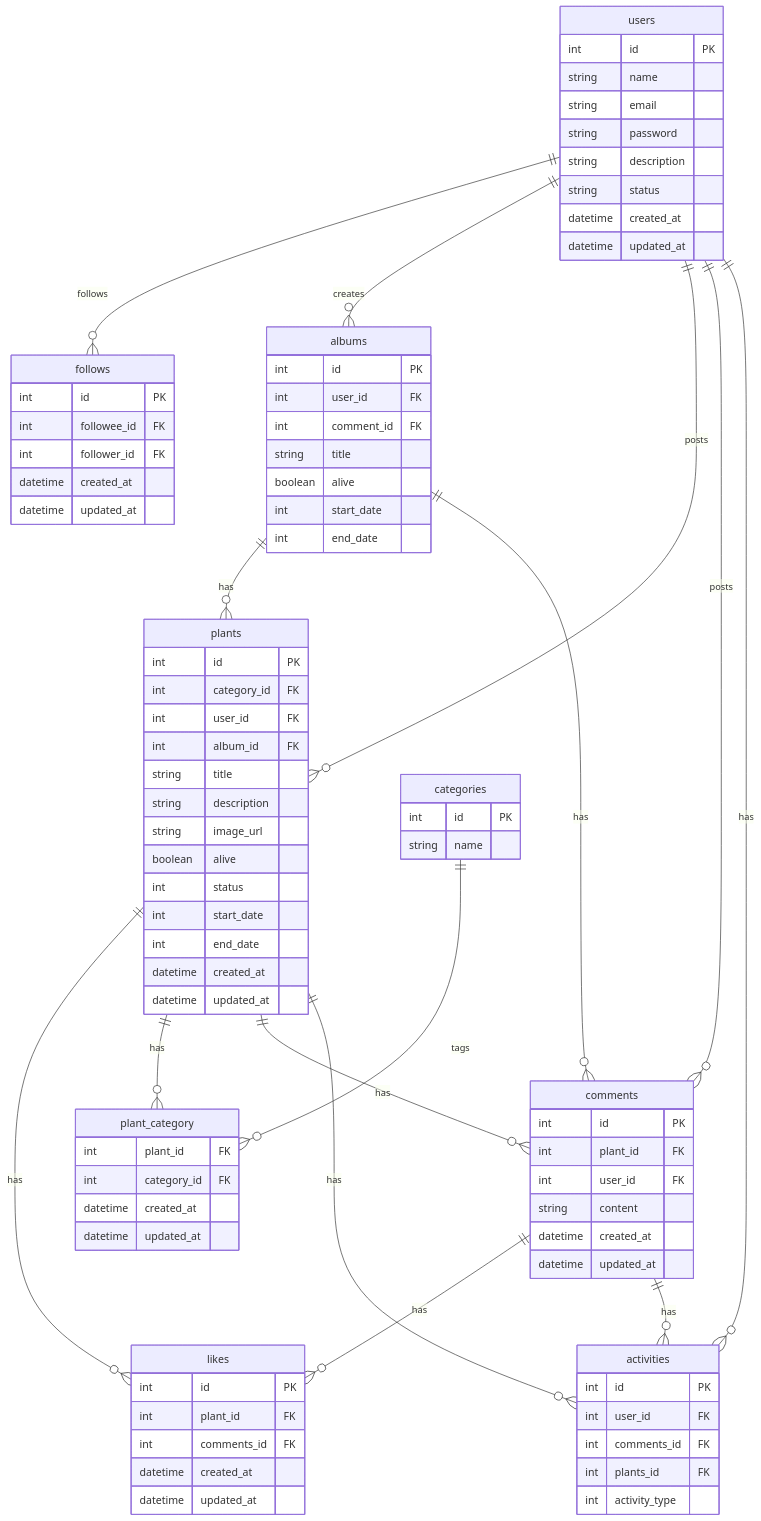
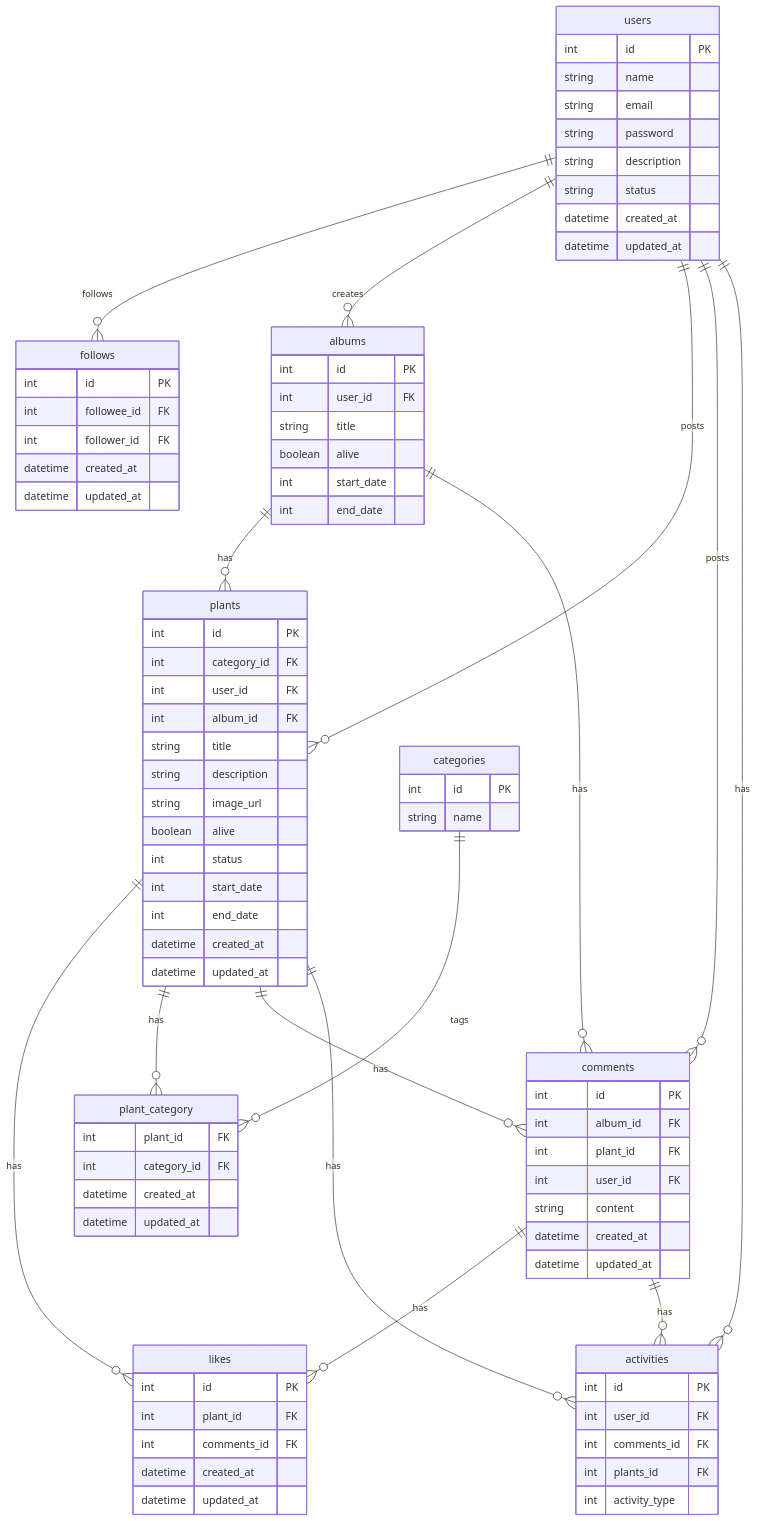
Before and after one commit to calmandhelp/botapeer-core: the diagram in README.md, drawn with Mermaid.

Commit message:
ER図修正

```diff
--- a/README.md
+++ b/README.md
@@ -35,7 +35,6 @@
     albums {
         int id PK
         int user_id FK
-        int comment_id FK
         string title
         boolean alive
         int start_date
@@ -65,6 +64,7 @@
     }
     comments {
         int id PK
+        int album_id FK
         int plant_id FK
         int user_id FK
         string content
```
